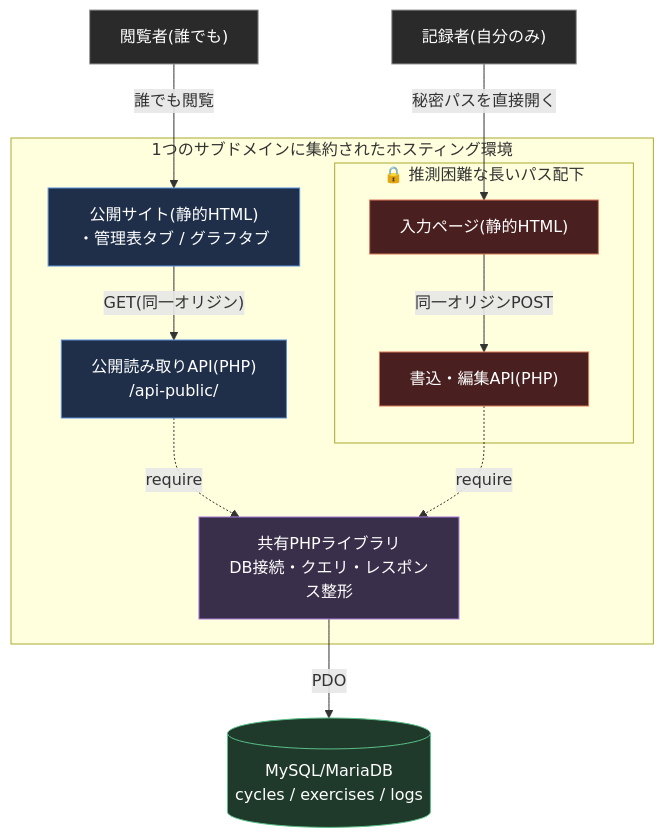
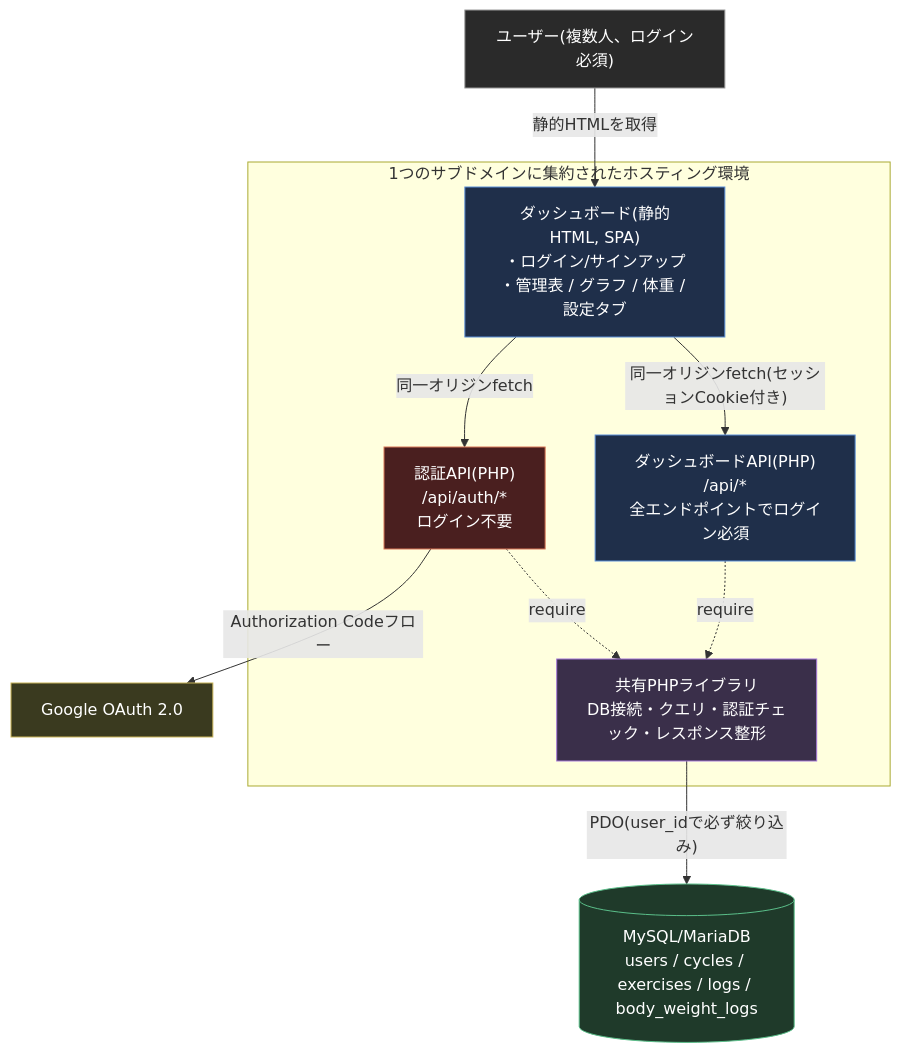
The diagram in README.md (tamatyan1111/workout), drawn with Mermaid before and after one commit. The commit also changed other lines of this file and 52 other files, not shown here.

First line of the commit message:
input-page・public-siteを1つのダッシュボードアプリに統合

````diff
--- a/README.md
+++ b/README.md
@@ -7,40 +7,36 @@
 ```mermaid
 flowchart TD
-    Viewer["閲覧者(誰でも)"]
-    Recorder["記録者(自分のみ)"]
+    User["ユーザー(複数人、ログイン必須)"]
+    Google["Google OAuth 2.0"]
 
     subgraph xserver["1つのサブドメインに集約されたホスティング環境"]
-        PublicSite["公開サイト(静的HTML)<br/>・管理表タブ / グラフタブ"]
-        PublicAPI["公開読み取りAPI(PHP)<br/>/api-public/"]
-
-        subgraph secret["🔒 推測困難な長いパス配下"]
-            InputPage["入力ページ(静的HTML)"]
-            SecretAPI["書込・編集API(PHP)"]
-        end
-
-        Shared["共有PHPライブラリ<br/>DB接続・クエリ・レスポンス整形"]
+        Dashboard["ダッシュボード(静的HTML, SPA)<br/>・ログイン/サインアップ<br/>・管理表 / グラフ / 体重 / 設定タブ"]
+        AuthAPI["認証API(PHP)<br/>/api/auth/*<br/>ログイン不要"]
+        API["ダッシュボードAPI(PHP)<br/>/api/*<br/>全エンドポイントでログイン必須"]
+        Shared["共有PHPライブラリ<br/>DB接続・クエリ・認証チェック・レスポンス整形"]
     end
 
-    DB[("MySQL/MariaDB<br/>cycles / exercises / logs")]
+    DB[("MySQL/MariaDB<br/>users / cycles / exercises / logs / body_weight_logs")]
 
-    Viewer -- "誰でも閲覧" --> PublicSite
-    PublicSite -- "GET(同一オリジン)" --> PublicAPI
-    Recorder -- "秘密パスを直接開く" --> InputPage
-    InputPage -- "同一オリジンPOST" --> SecretAPI
+    User -- "静的HTMLを取得" --> Dashboard
+    Dashboard -- "同一オリジンfetch" --> AuthAPI
+    Dashboard -- "同一オリジンfetch(セッションCookie付き)" --> API
+    AuthAPI -- "Authorization Codeフロー" --> Google
+    AuthAPI -.require.-> Shared
+    API -.require.-> Shared
+    Shared -- "PDO(user_idで必ず絞り込み)" --> DB
 
-    PublicAPI -.require.-> Shared
-    SecretAPI -.require.-> Shared
-    Shared -- PDO --> DB
-
-    classDef secretNode fill:#4a1f1f,stroke:#d97757,color:#fff
-    classDef publicNode fill:#1f2f4a,stroke:#5b8fd9,color:#fff
+    classDef authNode fill:#4a1f1f,stroke:#d97757,color:#fff
+    classDef appNode fill:#1f2f4a,stroke:#5b8fd9,color:#fff
     classDef dataNode fill:#1f3a2a,stroke:#5bbf8a,color:#fff
     classDef actor fill:#2a2a2a,stroke:#999,color:#fff
     classDef sharedNode fill:#3a2f4a,stroke:#a679d9,color:#fff
+    classDef externalNode fill:#3a3a1f,stroke:#c9b458,color:#fff
 
-    class InputPage,SecretAPI secretNode
-    class PublicSite,PublicAPI publicNode
+    class AuthAPI authNode
+    class Dashboard,API appNode
     class DB dataNode
     class Shared sharedNode
-    class Recorder,Viewer actor
+    class User actor
+    class Google externalNode
 ```
````
